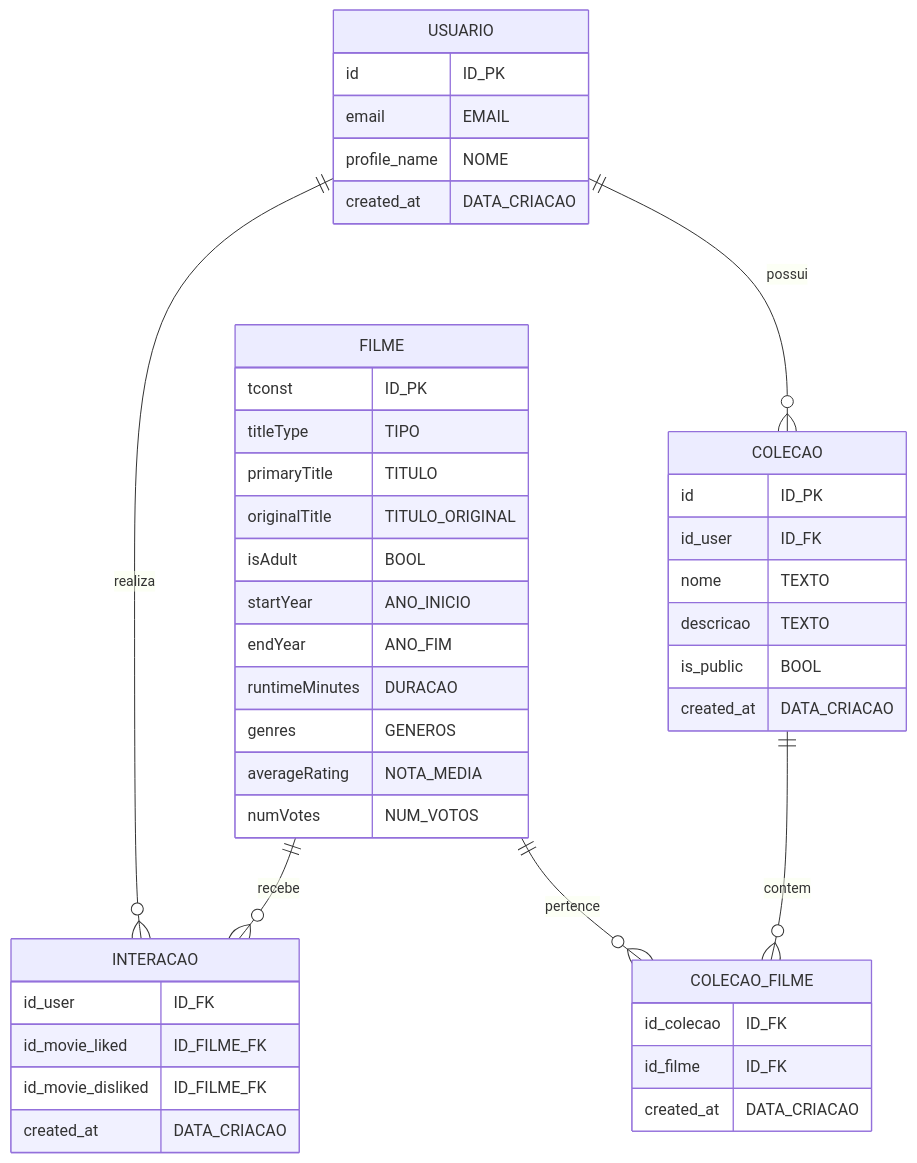
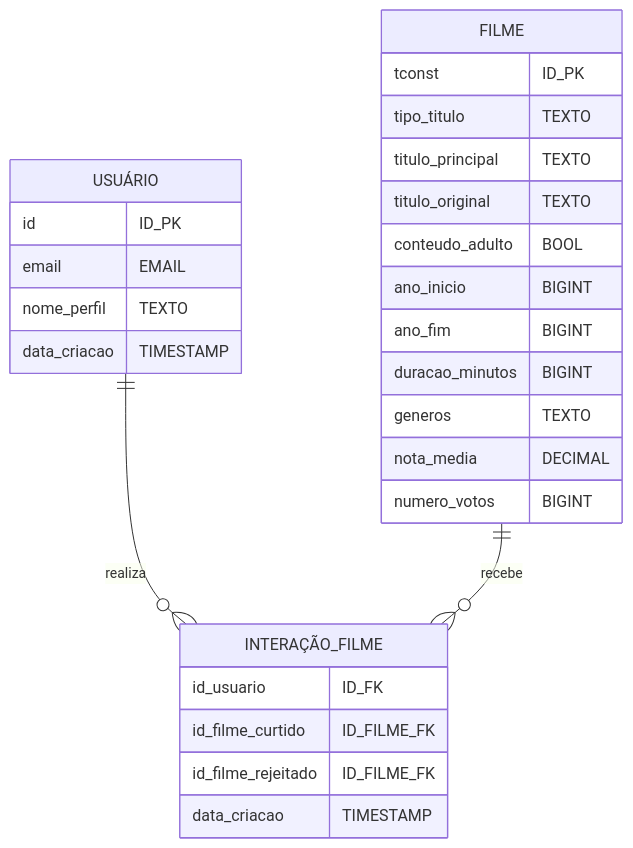
One commit to Reelstack/reelstack changed the diagram in DOCUMENTACAO_BANCO_DE_DADOS.md. Above: the diagram before and after it, drawn with Mermaid. The commit also changed other lines of this file, not shown here.

````diff
--- a/DOCUMENTACAO_BANCO_DE_DADOS.md
+++ b/DOCUMENTACAO_BANCO_DE_DADOS.md
@@ -5,51 +5,33 @@
 ```mermaid
 erDiagram
-    USUARIO ||--o{ INTERACAO : realiza
-    USUARIO ||--o{ COLECAO : possui
-    FILME ||--o{ INTERACAO : recebe
-    FILME ||--o{ COLECAO_FILME : pertence
-    COLECAO ||--o{ COLECAO_FILME : contem
+    USUÁRIO ||--o{ INTERAÇÃO_FILME : realiza
+    FILME ||--o{ INTERAÇÃO_FILME : recebe
 
-    USUARIO {
+    USUÁRIO {
         id ID_PK
         email EMAIL
-        profile_name NOME
-        created_at DATA_CRIACAO
+        nome_perfil TEXTO
+        data_criacao TIMESTAMP
     }
 
     FILME {
         tconst ID_PK
-        titleType TIPO
-        primaryTitle TITULO
-        originalTitle TITULO_ORIGINAL
-        isAdult BOOL
-        startYear ANO_INICIO
-        endYear ANO_FIM
-        runtimeMinutes DURACAO
-        genres GENEROS
-        averageRating NOTA_MEDIA
-        numVotes NUM_VOTOS
+        tipo_titulo TEXTO
+        titulo_principal TEXTO
+        titulo_original TEXTO
+        conteudo_adulto BOOL
+        ano_inicio BIGINT
+        ano_fim BIGINT
+        duracao_minutos BIGINT
+        generos TEXTO
+        nota_media DECIMAL
+        numero_votos BIGINT
     }
 
-    INTERACAO {
-        id_user ID_FK
-        id_movie_liked ID_FILME_FK
-        id_movie_disliked ID_FILME_FK
-        created_at DATA_CRIACAO
-    }
-
-    COLECAO {
-        id ID_PK
-        id_user ID_FK
-        nome TEXTO
-        descricao TEXTO
-        is_public BOOL
-        created_at DATA_CRIACAO
-    }
-
-    COLECAO_FILME {
-        id_colecao ID_FK
-        id_filme ID_FK
-        created_at DATA_CRIACAO
+    INTERAÇÃO_FILME {
+        id_usuario ID_FK
+        id_filme_curtido ID_FILME_FK
+        id_filme_rejeitado ID_FILME_FK
+        data_criacao TIMESTAMP
     }
 ```
````
